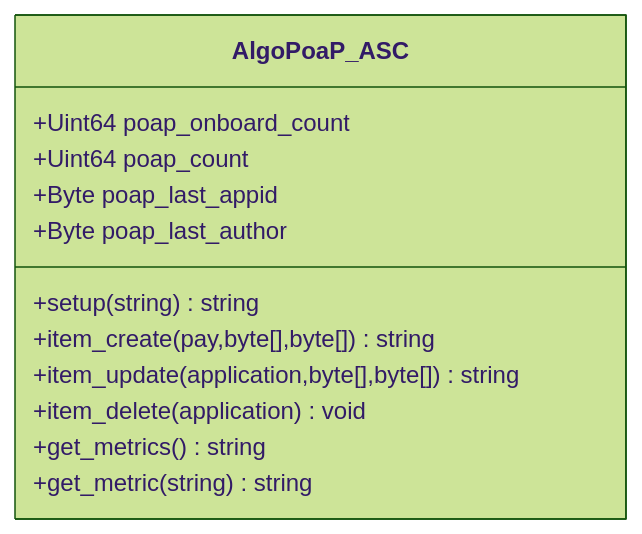
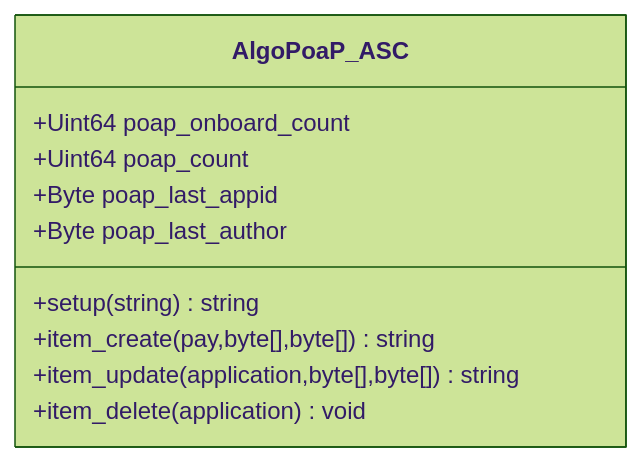
Before and after one commit to GoPlausible/.github: the seventh of 8 diagrams in profile/README.md, drawn with Mermaid (forest theme). The commit also changed other lines of this file, not shown here.

````diff
--- a/profile/README.md
+++ b/profile/README.md
@@ -394,15 +391,14 @@
 ```mermaid
   classDiagram
     class AlgoPoaP_ASC
     AlgoPoaP_ASC : +Uint64 poap_onboard_count
     AlgoPoaP_ASC : +Uint64 poap_count
     AlgoPoaP_ASC : +Byte poap_last_appid
     AlgoPoaP_ASC : +Byte poap_last_author
     AlgoPoaP_ASC : +setup(string)string
     AlgoPoaP_ASC : +item_create(pay,byte[],byte[])string
     AlgoPoaP_ASC : +item_update(application,byte[],byte[])string
     AlgoPoaP_ASC : +item_delete(application)void
-    AlgoPoaP_ASC : +get_metrics()string
-    AlgoPoaP_ASC : +get_metric(string)string
+
     
 ```
````
